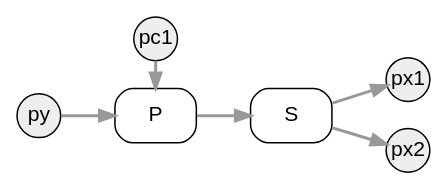
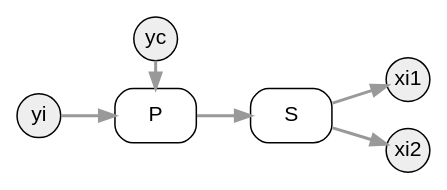
Before and after one commit to drautzburg/currychicken: the diagram in opal/ProductsSplitPack.dot, drawn with Graphviz. The commit also changed 2 other files, not shown here.

```diff
--- a/opal/ProductsSplitPack.dot
+++ b/opal/ProductsSplitPack.dot
@@ -1,24 +1,24 @@
 digraph d {
 	node [fontname = "Arial"];
 	edge [fontname = "Arial", fontsize=11,color="#999999", penwidth=2, weight=1];
 
 	rankdir=LR
 	subgraph port {
 		node [shape=circle, style=filled, fillcolor="#EEEEEE", fixedsize=true, width=0.4]
-		px1
-		px2
-		pc1
-		py
+		xi1
+		xi2
+		yc
+		yi
 		}
 	subgraph process {
 		node [shape=box, style=rounded]
 		S
 		P
 	}
-{rank=same; pc1 P}
-pc1->P
-py->P
+{rank=same; yc P}
+yc->P
+yi->P
 P->S
-S -> px1
-S -> px2
+S -> xi1
+S -> xi2
 }
```
